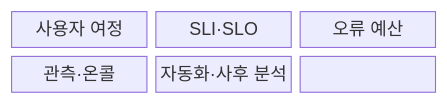
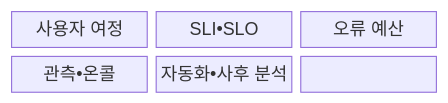
The first of 2 diagrams in src/content/docs/notes/08-latest-tech/172_sre.md (agnusdei1207/knowledge-base), drawn with Mermaid before and after one commit. The commit also changed other lines of this file and 953 other files, not shown here.

````diff
--- a/src/content/docs/notes/08-latest-tech/172_sre.md
+++ b/src/content/docs/notes/08-latest-tech/172_sre.md
@@ -69,11 +69,11 @@
 ```mermaid
 block-beta
   columns 3
   N0["사용자 여정"]
-  N1["SLI·SLO"]
+  N1["SLI•SLO"]
   N2["오류 예산"]
-  N3["관측·온콜"]
-  N4["자동화·사후 분석"]
+  N3["관측•온콜"]
+  N4["자동화•사후 분석"]
   N0 --- N1 --- N2
   N2 --- N3 --- N4
 ```
````
